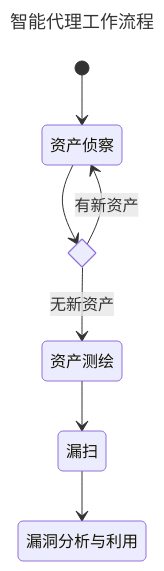
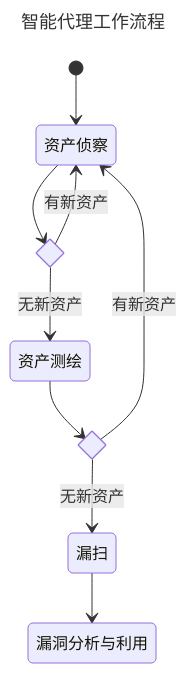
The diagram in README.md (hangxin1940/bladerazor), drawn with Mermaid before and after one commit. The commit also changed other lines of this file and 1 other file, not shown here.

Commit message:
优化工作流

````diff
--- a/README.md
+++ b/README.md
@@ -38,17 +41,20 @@
 ```mermaid
 ---
 title: 智能代理工作流程
 ---
 stateDiagram-v2
     state "资产侦察" as Recon
     state "资产测绘" as AssetMapping
     state "漏扫" as VulScan
     state "漏洞分析与利用" as Exploit
-    state nwe_assets_state <<choice>>
+    state new_recon_assets_state <<choice>>
+    state new_mapping_assets_state <<choice>>
     [*] --> Recon
-    Recon --> nwe_assets_state
-    nwe_assets_state --> Recon: 有新资产
-    nwe_assets_state --> AssetMapping: 无新资产
-    AssetMapping --> VulScan
+    Recon --> new_recon_assets_state
+    new_recon_assets_state --> Recon: 有新资产
+    new_recon_assets_state --> AssetMapping: 无新资产
+    AssetMapping --> new_mapping_assets_state
+    new_mapping_assets_state --> Recon: 有新资产
+    new_mapping_assets_state --> VulScan: 无新资产
     VulScan --> Exploit
 ```
````
